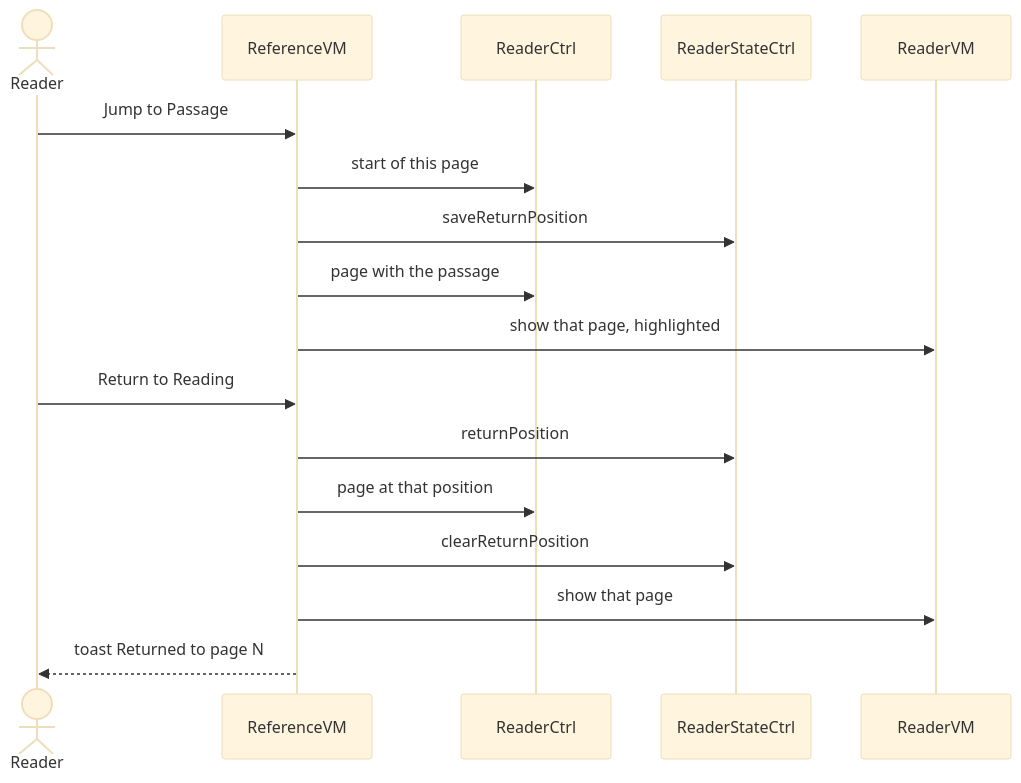
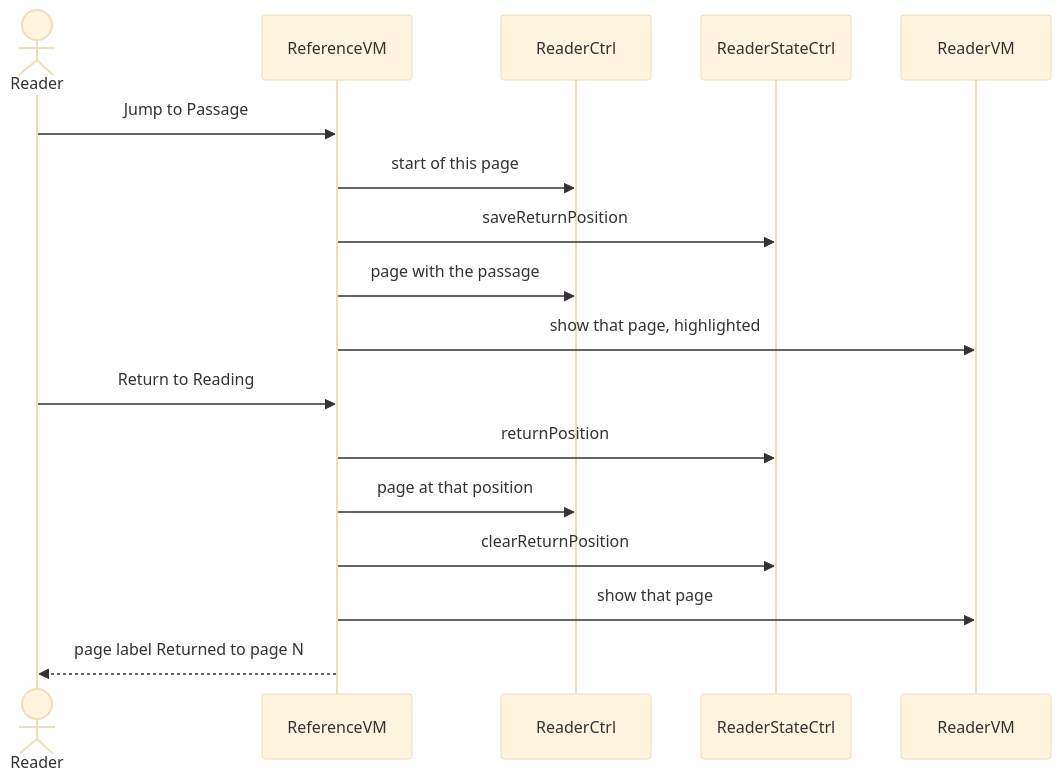
The diagram in docs/diagrams/12-sequence-jump-and-return.mmd (AftrHours/iRead), drawn with Mermaid (base theme) before and after one commit. The commit also changed 13 other files, not shown here.

```diff
--- a/docs/diagrams/12-sequence-jump-and-return.mmd
+++ b/docs/diagrams/12-sequence-jump-and-return.mmd
@@ -1,19 +1,19 @@
 sequenceDiagram
   actor Reader
   participant ReferenceVM
   participant ReaderCtrl
   participant ReaderStateCtrl
   participant ReaderVM
 
   Reader->>ReferenceVM: Jump to Passage
   ReferenceVM->>ReaderCtrl: start of this page
   ReferenceVM->>ReaderStateCtrl: saveReturnPosition
   ReferenceVM->>ReaderCtrl: page with the passage
   ReferenceVM->>ReaderVM: show that page, highlighted
 
   Reader->>ReferenceVM: Return to Reading
   ReferenceVM->>ReaderStateCtrl: returnPosition
   ReferenceVM->>ReaderCtrl: page at that position
   ReferenceVM->>ReaderStateCtrl: clearReturnPosition
   ReferenceVM->>ReaderVM: show that page
-  ReferenceVM-->>Reader: toast Returned to page N
+  ReferenceVM-->>Reader: page label Returned to page N
```
